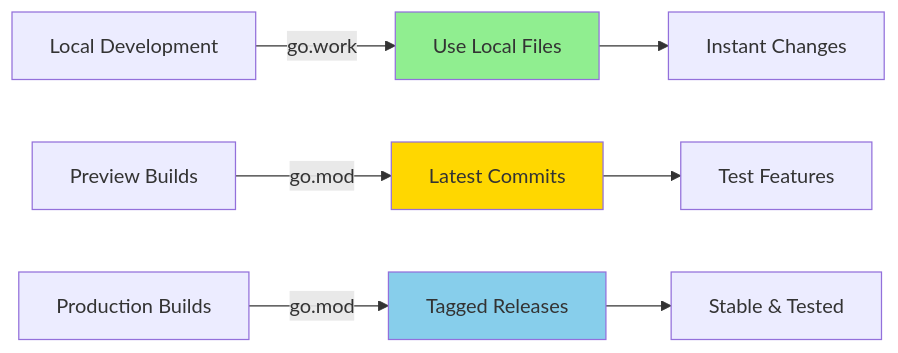
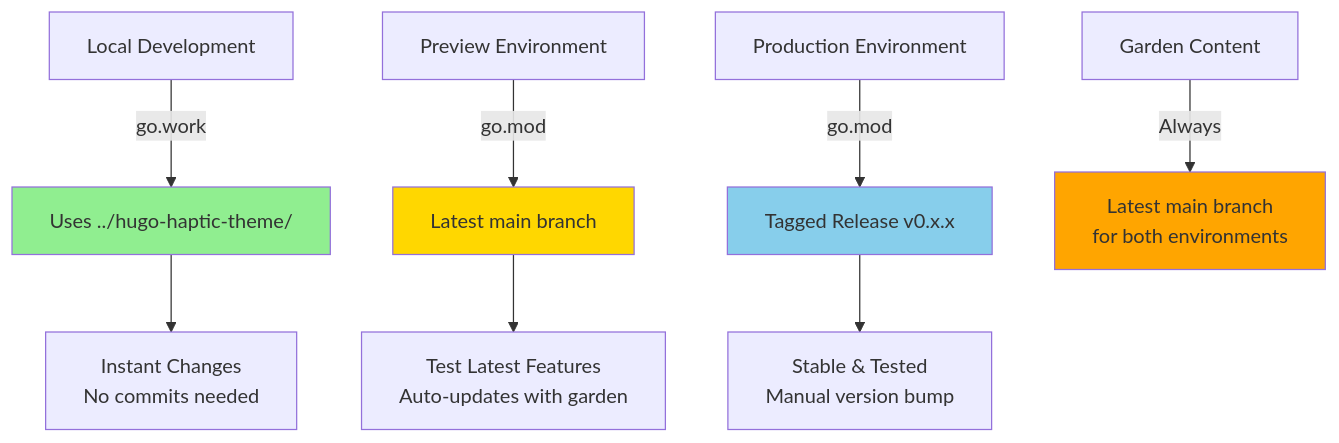
Before and after one commit to DamianFlynn/damianflynn.github.io: the fourth of 4 diagrams in DEVELOPMENT.md, drawn with Mermaid. The commit also changed other lines of this file and 2 other files, not shown here.

Commit message:
Docs: Add comprehensive workflow documentation for environment-specific versioning

````diff
--- a/DEVELOPMENT.md
+++ b/DEVELOPMENT.md
@@ -225,14 +296,17 @@
 ```mermaid
-graph LR
-    A[Local Development] -->|go.work| B[Use Local Files]
-    C[Preview Builds] -->|go.mod| D[Latest Commits]
-    E[Production Builds] -->|go.mod| F[Tagged Releases]
+graph TB
+    A[Local Development] -->|go.work| B[Uses ../hugo-haptic-theme/]
+    C[Preview Environment] -->|go.mod| D[Latest main branch]
+    E[Production Environment] -->|go.mod| F[Tagged Release v0.x.x]
     
-    B --> G[Instant Changes]
-    D --> H[Test Features]
-    F --> I[Stable & Tested]
+    B --> G[Instant Changes<br/>No commits needed]
+    D --> H[Test Latest Features<br/>Auto-updates with garden]
+    F --> I[Stable & Tested<br/>Manual version bump]
+    
+    J[Garden Content] -->|Always| K[Latest main branch<br/>for both environments]
     
     style B fill:#90EE90
     style D fill:#FFD700
     style F fill:#87CEEB
+    style K fill:#FFA500
 ```
````
